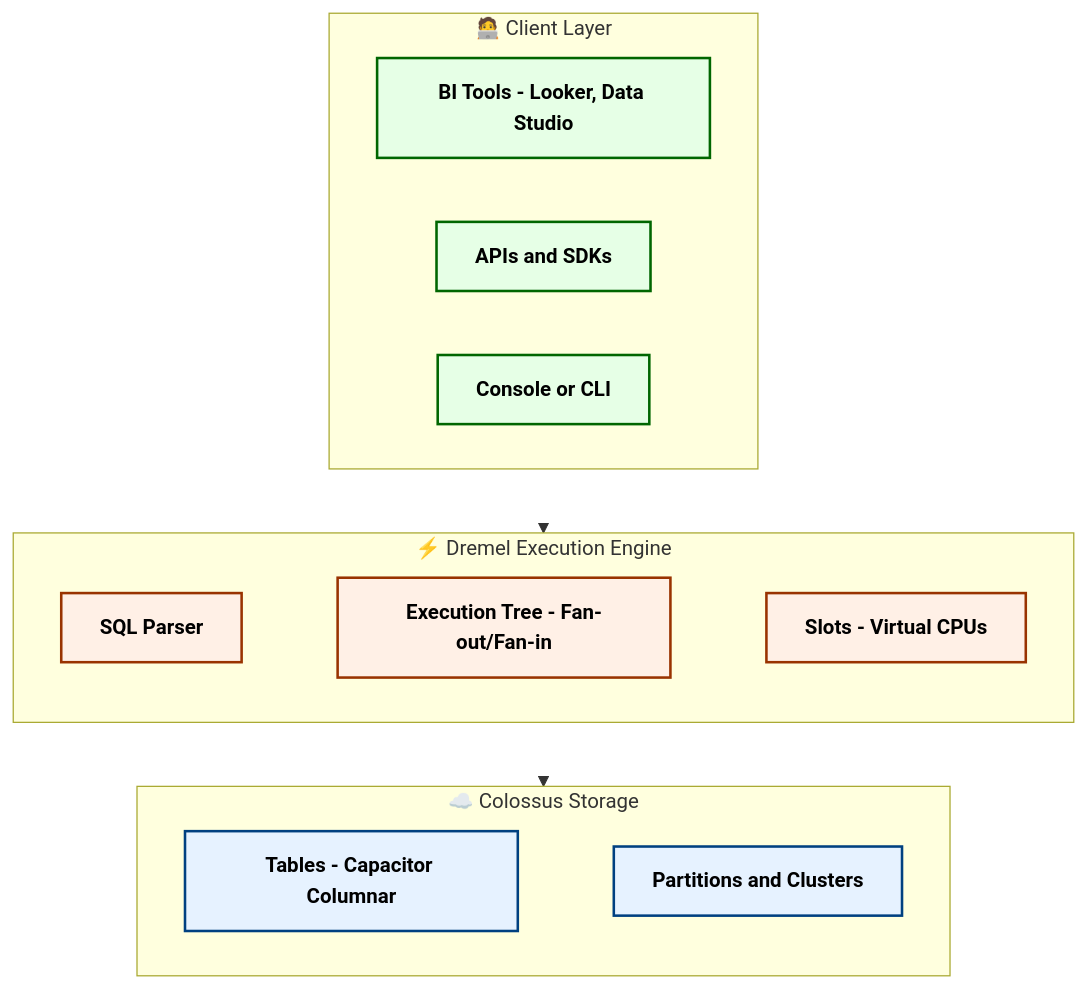
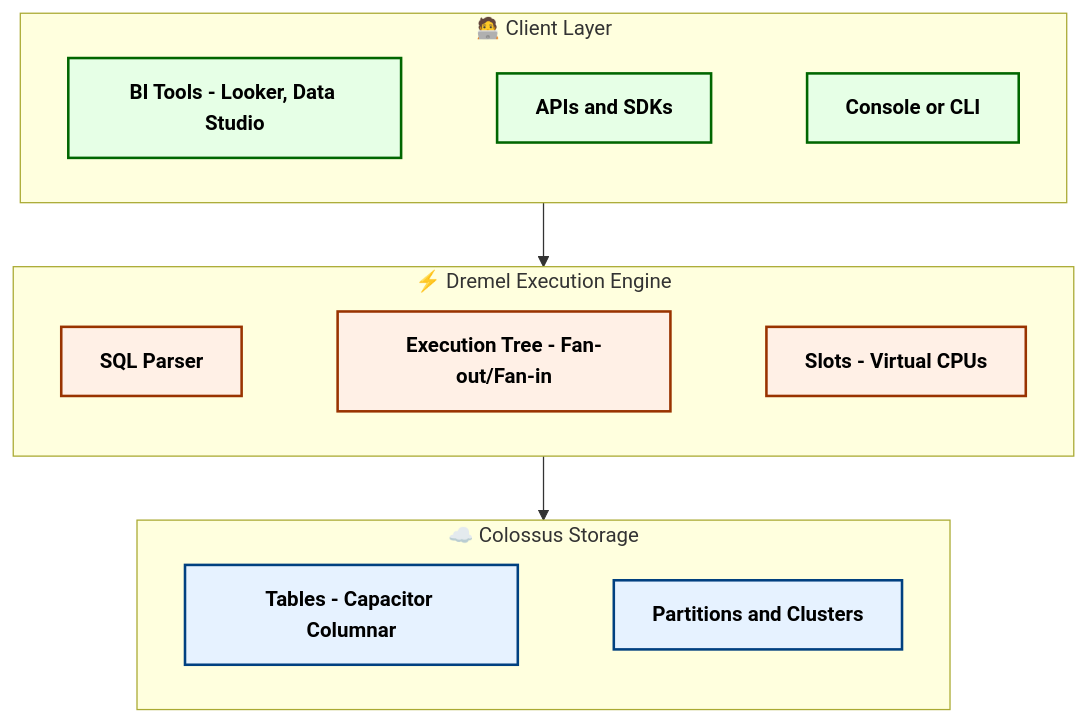
Before and after one commit to blaire101/DE2-AWS-Azure-GCP-2025: the first of 5 diagrams in GCP-interview.md, drawn with Mermaid.

````diff
--- a/GCP-interview.md
+++ b/GCP-interview.md
@@ -16,42 +16,44 @@
 ```mermaid
 flowchart TD
 
 %% ===== Styles =====
 classDef storage fill:#e6f2ff,stroke:#004080,stroke-width:2px,color:#000,font-weight:bold
 classDef compute fill:#fff0e6,stroke:#993300,stroke-width:2px,color:#000,font-weight:bold
 classDef client  fill:#e6ffe6,stroke:#006600,stroke-width:2px,color:#000,font-weight:bold
 
 %% ===== Client Layer: subgraph with nodes forced horizontal via hidden links =====
 subgraph Client["🧑‍💻 Client Layer"]
 U1["BI Tools - Looker, Data Studio"]:::client
 U2["APIs and SDKs"]:::client
 U3["Console or CLI"]:::client
+U1 --- U2
+U2 --- U3
 end
 
 %% ===== Compute Layer =====
 subgraph Compute["⚡ Dremel Execution Engine"]
 Q1["SQL Parser"]:::compute
 Q2["Execution Tree - Fan-out/Fan-in"]:::compute
 Q3["Slots - Virtual CPUs"]:::compute
 Q1 --- Q2
 Q2 --- Q3
 end
 
 %% ===== Storage Layer =====
 subgraph Storage["☁️ Colossus Storage"]
 T1["Tables - Capacitor Columnar"]:::storage
 P1["Partitions and Clusters"]:::storage
 T1 --- P1
 end
 
 %% ===== Vertical flow between the three frames =====
 Client --> Compute
 Compute --> Storage
 
 %% ===== Hide the helper horizontal links so only the frames and vertical arrows remain =====
 linkStyle 0 stroke-width:0px,fill:none
 linkStyle 1 stroke-width:0px,fill:none
 linkStyle 2 stroke-width:0px,fill:none
 linkStyle 3 stroke-width:0px,fill:none
 linkStyle 4 stroke-width:0px,fill:none
 ```
````
